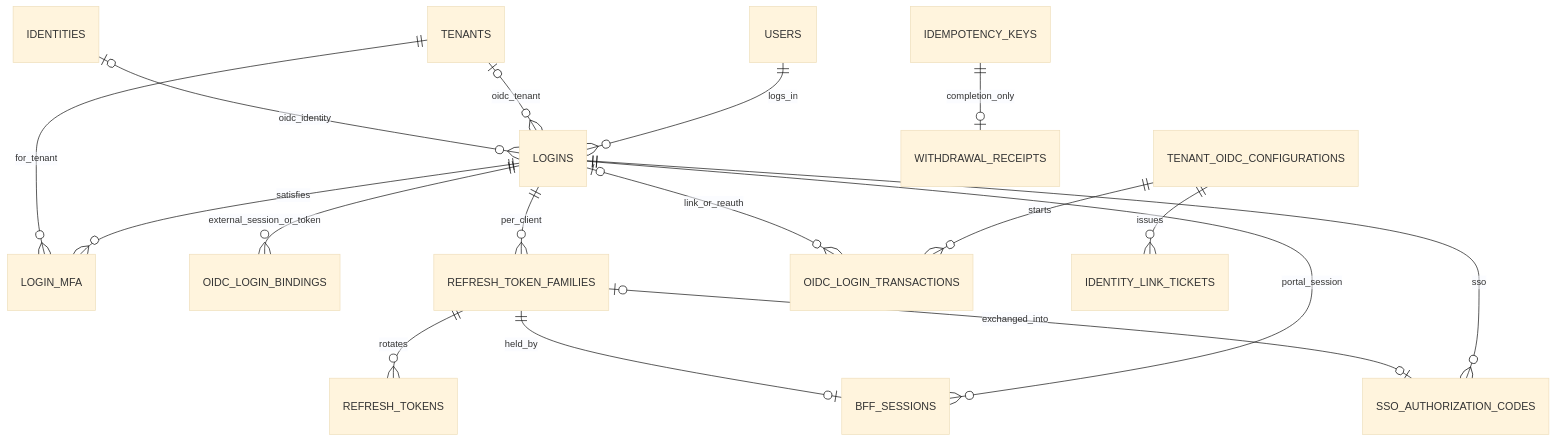
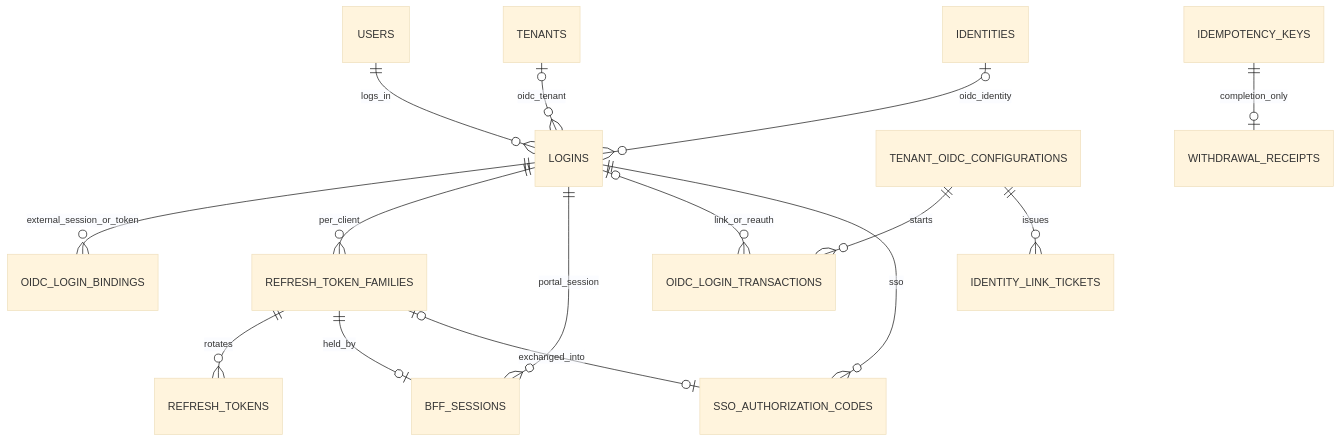
One commit to hyoungsookim/passport changed the second of 2 diagrams in docs/DB_MODEL.md. Above: the diagram before and after it, drawn with Mermaid (base theme). The commit also changed other lines of this file and 3 other files, not shown here.

````diff
--- a/docs/DB_MODEL.md
+++ b/docs/DB_MODEL.md
@@ -162,19 +144,17 @@
 ```mermaid
 erDiagram
     USERS ||--o{ LOGINS : logs_in
     TENANTS |o--o{ LOGINS : oidc_tenant
     IDENTITIES |o--o{ LOGINS : oidc_identity
-    LOGINS ||--o{ LOGIN_MFA : satisfies
     LOGINS ||--o{ OIDC_LOGIN_BINDINGS : external_session_or_token
-    TENANTS ||--o{ LOGIN_MFA : for_tenant
     LOGINS ||--o{ REFRESH_TOKEN_FAMILIES : per_client
     REFRESH_TOKEN_FAMILIES ||--o{ REFRESH_TOKENS : rotates
     LOGINS ||--o{ BFF_SESSIONS : portal_session
     REFRESH_TOKEN_FAMILIES ||--o| BFF_SESSIONS : held_by
     TENANT_OIDC_CONFIGURATIONS ||--o{ OIDC_LOGIN_TRANSACTIONS : starts
     LOGINS |o--o{ OIDC_LOGIN_TRANSACTIONS : link_or_reauth
     TENANT_OIDC_CONFIGURATIONS ||--o{ IDENTITY_LINK_TICKETS : issues
     LOGINS ||--o{ SSO_AUTHORIZATION_CODES : sso
     REFRESH_TOKEN_FAMILIES |o--o| SSO_AUTHORIZATION_CODES : exchanged_into
     IDEMPOTENCY_KEYS ||--o| WITHDRAWAL_RECEIPTS : completion_only
 ```
````
